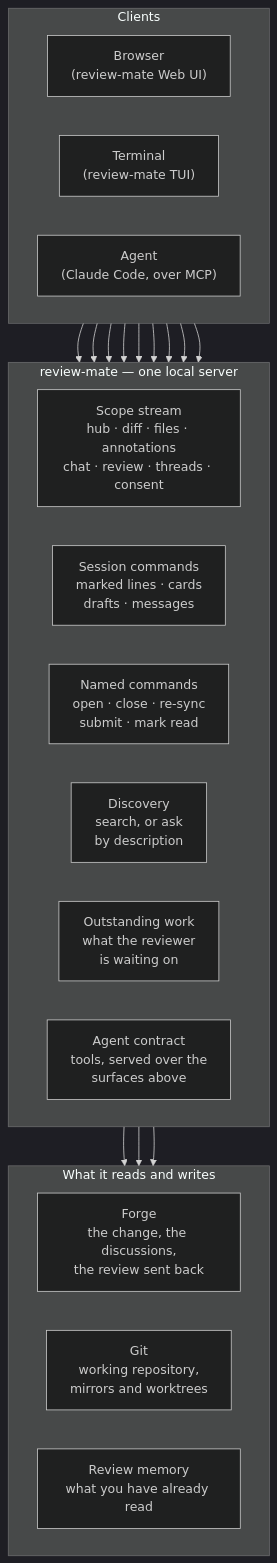
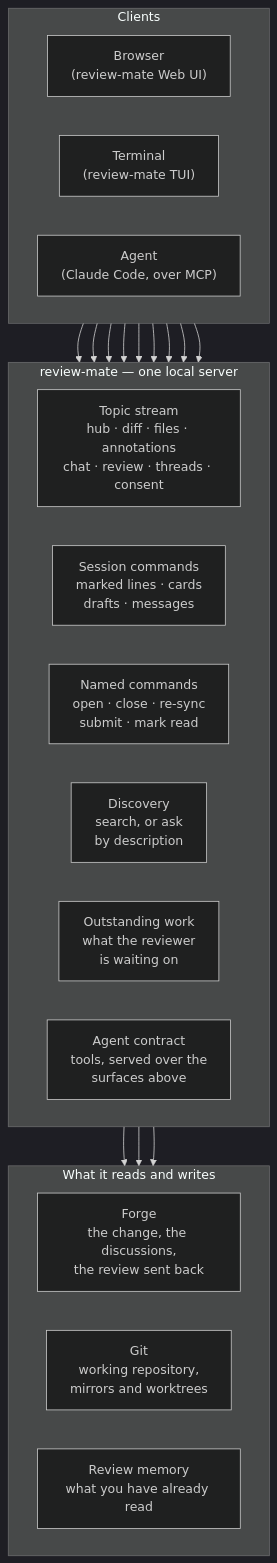
One commit to Joacchim/review-mate-prototype changed the first of 3 diagrams in docs/architecture.md. Above: the diagram before and after it, drawn with Mermaid (dark theme). The commit also changed other lines of this file and 57 other files, not shown here.

````diff
--- a/docs/architecture.md
+++ b/docs/architecture.md
@@ -12,40 +12,40 @@
 ```mermaid
 flowchart TB
     subgraph clients["Clients"]
         direction LR
         W["Browser<br/>(review-mate Web UI)"]
         T["Terminal<br/>(review-mate TUI)"]
         A["Agent<br/>(Claude Code, over MCP)"]
     end
 
     subgraph server["review-mate — one local server"]
         direction LR
-        SCOPE["Scope stream<br/>hub · diff · files · annotations<br/>chat · review · threads · consent"]
+        SCOPE["Topic stream<br/>hub · diff · files · annotations<br/>chat · review · threads · consent"]
         SESS["Session commands<br/>marked lines · cards<br/>drafts · messages"]
         NAMED["Named commands<br/>open · close · re-sync<br/>submit · mark read"]
         FIND["Discovery<br/>search, or ask<br/>by description"]
         ASKS["Outstanding work<br/>what the reviewer<br/>is waiting on"]
         AGENT["Agent contract<br/>tools, served over the<br/>surfaces above"]
     end
 
     subgraph out["What it reads and writes"]
         direction LR
         G["Forge<br/>the change, the discussions,<br/>the review sent back"]
         R["Git<br/>working repository,<br/>mirrors and worktrees"]
         M["Review memory<br/>what you have already read"]
     end
 
     W --> SCOPE
     T --> SCOPE
     W --> SESS
     T --> SESS
     W --> NAMED
     T --> NAMED
     W --> FIND
     A --> ASKS
     A --> AGENT
 
     server --> G
     server --> R
     server --> M
 ```
````
